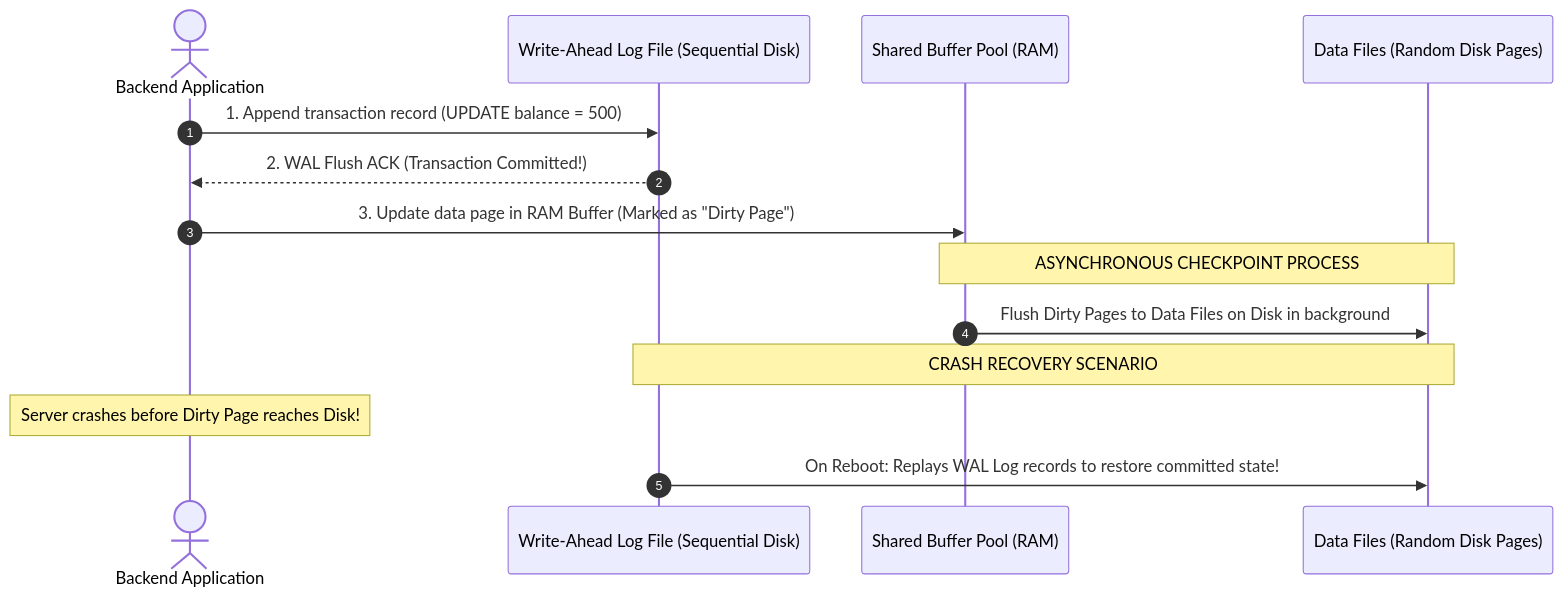
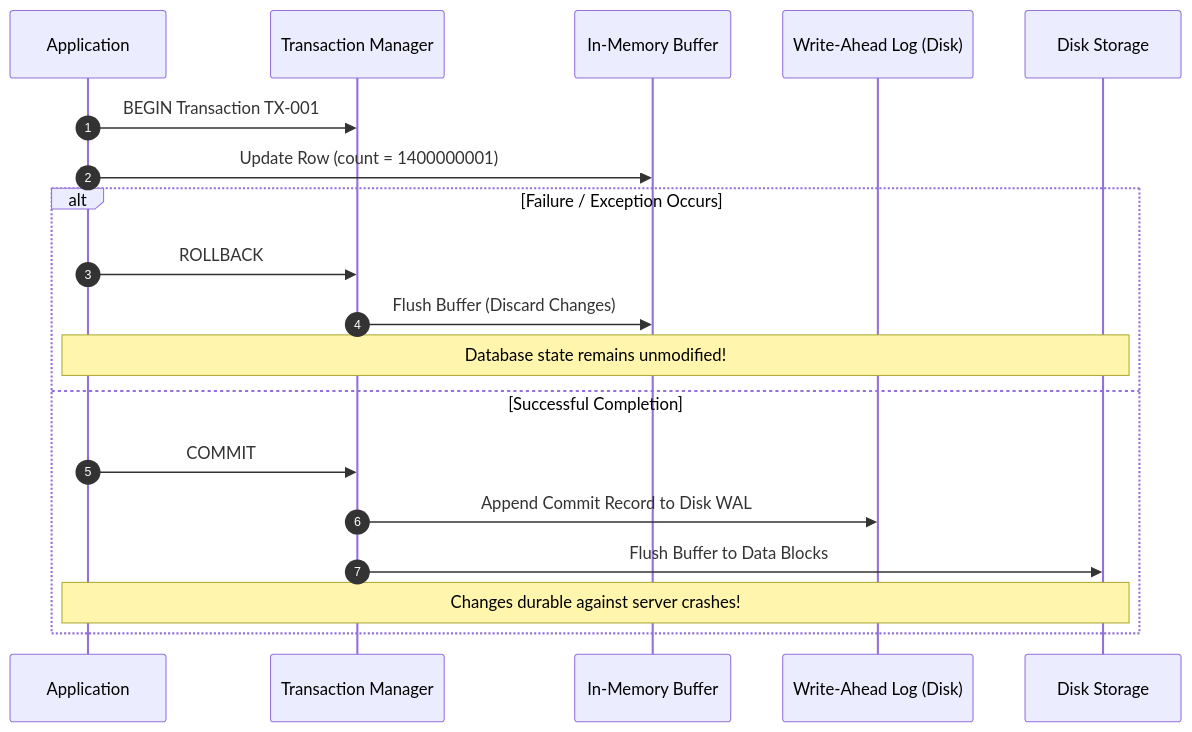
Before and after one commit to Amie-dev/engineering-playbook: the second of 3 diagrams in system-design-notes/09-database-fundamentals.md, drawn with Mermaid. The commit also changed other lines of this file and 33 other files, not shown here.

````diff
--- a/system-design-notes/09-database-fundamentals.md
+++ b/system-design-notes/09-database-fundamentals.md
@@ -46,19 +88,22 @@
 ```mermaid
 sequenceDiagram
     autonumber
-    actor App as Backend Application
-    participant WAL as Write-Ahead Log File (Sequential Disk)
-    participant Buffer as Shared Buffer Pool (RAM)
-    participant Disk as Data Files (Random Disk Pages)
+    participant App as Application
+    participant TX as Transaction Manager
+    participant Buffer as In-Memory Buffer
+    participant WAL as Write-Ahead Log (Disk)
+    participant Data as Disk Storage
 
-    App->>WAL: 1. Append transaction record (UPDATE balance = 500)
-    WAL-->>App: 2. WAL Flush ACK (Transaction Committed!)
-    App->>Buffer: 3. Update data page in RAM Buffer (Marked as "Dirty Page")
-    
-    note over Buffer,Disk: ASYNCHRONOUS CHECKPOINT PROCESS
-    Buffer->>Disk: Flush Dirty Pages to Data Files on Disk in background
-    
-    note over WAL,Disk: CRASH RECOVERY SCENARIO
-    note over App: Server crashes before Dirty Page reaches Disk!
-    WAL->>Disk: On Reboot: Replays WAL Log records to restore committed state!
+    App->>TX: BEGIN Transaction TX-001
+    App->>Buffer: Update Row (count = 1400000001)
+    alt Failure / Exception Occurs
+        App->>TX: ROLLBACK
+        TX->>Buffer: Flush Buffer (Discard Changes)
+        Note over App,Data: Database state remains unmodified!
+    else Successful Completion
+        App->>TX: COMMIT
+        TX->>WAL: Append Commit Record to Disk WAL
+        TX->>Data: Flush Buffer to Data Blocks
+        Note over App,Data: Changes durable against server crashes!
+    end
 ```
````
